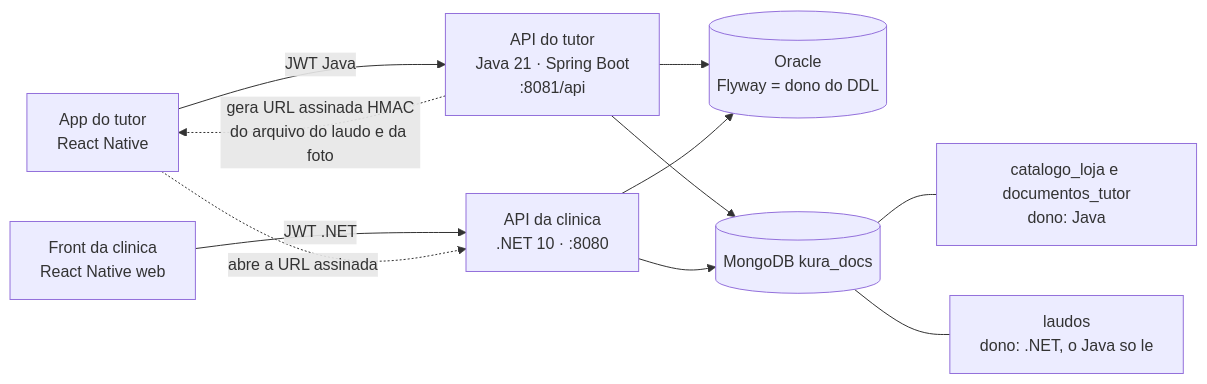
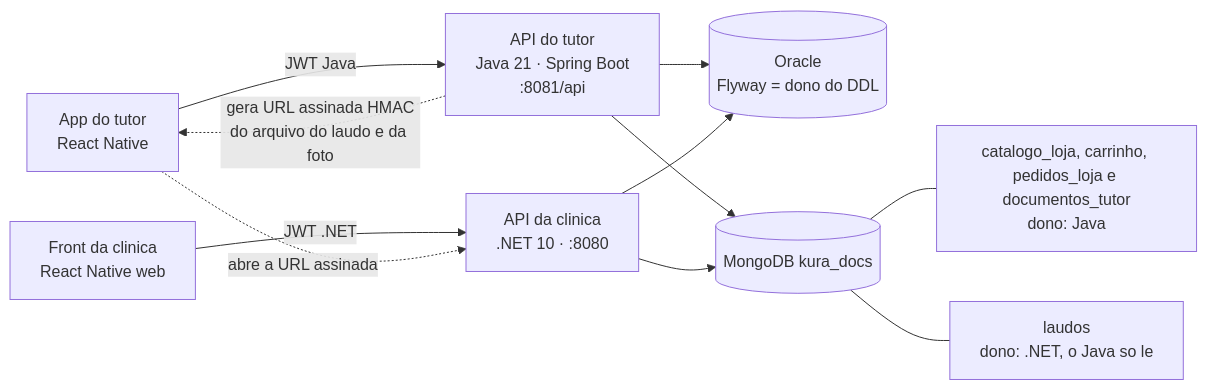
The diagram in README.md (KURA-Clyvo/backend-tutor-java), drawn with Mermaid before and after one commit. The commit also changed other lines of this file, not shown here.

Commit message:
docs(readme): Loja cart, orders, idempotency rule, TTL and declared residues

````diff
--- a/README.md
+++ b/README.md
@@ -68,13 +68,13 @@
 ```mermaid
 flowchart LR
     APP["App do tutor<br/>React Native"] -->|"JWT Java"| JAVA["API do tutor<br/>Java 21 · Spring Boot<br/>:8081/api"]
     WEB["Front da clinica<br/>React Native web"] -->|"JWT .NET"| NET["API da clinica<br/>.NET 10 · :8080"]
     JAVA --> ORA[("Oracle<br/>Flyway = dono do DDL")]
     NET --> ORA
     JAVA --> MONGO[("MongoDB kura_docs")]
     NET --> MONGO
-    MONGO --- C1["catalogo_loja e documentos_tutor<br/>dono: Java"]
+    MONGO --- C1["catalogo_loja, carrinho, pedidos_loja e documentos_tutor<br/>dono: Java"]
     MONGO --- C2["laudos<br/>dono: .NET, o Java so le"]
     JAVA -. "gera URL assinada HMAC<br/>do arquivo do laudo e da foto" .-> APP
     APP -. "abre a URL assinada" .-> NET
 ```
````
